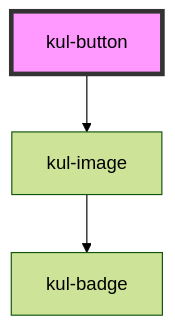
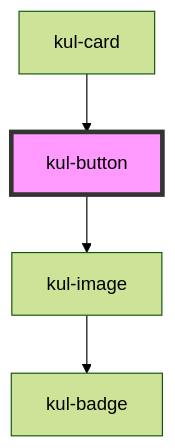
One commit to smeup/ketchup changed the diagram in packages/ketchup-lite/src/components/kul-button/readme.md. Above: the diagram before and after it, drawn with Mermaid (forest theme). The commit also changed other lines of this file and 4 other files, not shown here.

````diff
--- a/packages/ketchup-lite/src/components/kul-button/readme.md
+++ b/packages/ketchup-lite/src/components/kul-button/readme.md
@@ -124,6 +128,7 @@
 ```mermaid
 graph TD;
   kul-button --> kul-image
   kul-image --> kul-badge
+  kul-card --> kul-button
   style kul-button fill:#f9f,stroke:#333,stroke-width:4px
 ```
````
